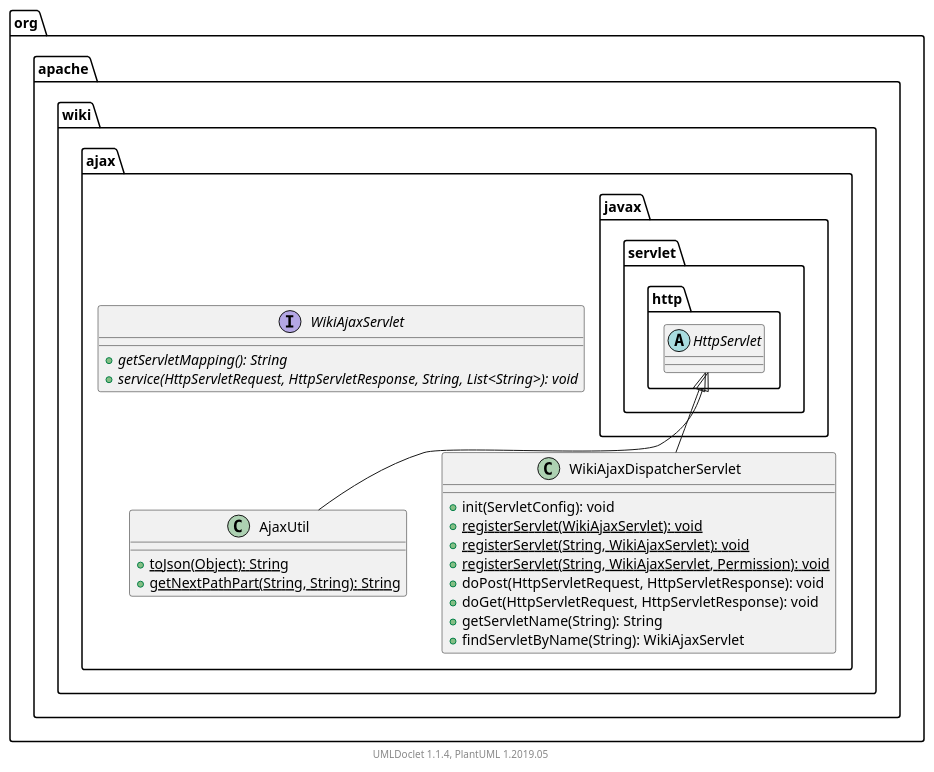
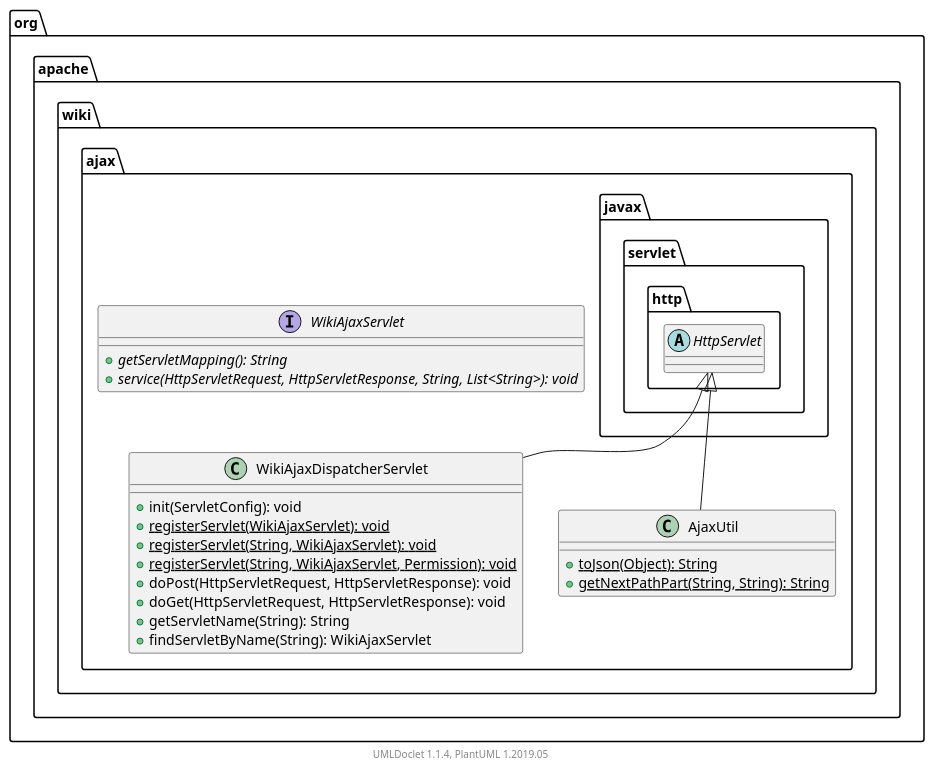
Before and after one commit to apache/jspwiki-site: the diagram in apidocs/2.11.0.M7-SNAPSHOT/org/apache/wiki/ajax/package.puml, drawn with PlantUML. The commit also changed other lines of this file and 1589 other files, not shown here.

```diff
--- a/apidocs/2.11.0.M7-SNAPSHOT/org/apache/wiki/ajax/package.puml
+++ b/apidocs/2.11.0.M7-SNAPSHOT/org/apache/wiki/ajax/package.puml
@@ -1,35 +1,35 @@
 @startuml
 
     namespace org.apache.wiki.ajax {
-
-        class AjaxUtil [[AjaxUtil.html]] {
-            {static} +toJson(Object): String
-            {static} +getNextPathPart(String, String): String
-        }
 
         interface WikiAjaxServlet [[WikiAjaxServlet.html]] {
             {abstract} +getServletMapping(): String
             {abstract} +service(HttpServletRequest, HttpServletResponse, String, List<String>): void
         }
 
         class WikiAjaxDispatcherServlet [[WikiAjaxDispatcherServlet.html]] {
             +init(ServletConfig): void
             {static} +registerServlet(WikiAjaxServlet): void
             {static} +registerServlet(String, WikiAjaxServlet): void
             {static} +registerServlet(String, WikiAjaxServlet, Permission): void
             +doPost(HttpServletRequest, HttpServletResponse): void
             +doGet(HttpServletRequest, HttpServletResponse): void
             +getServletName(String): String
             +findServletByName(String): WikiAjaxServlet
         }
 
+        class AjaxUtil [[AjaxUtil.html]] {
+            {static} +toJson(Object): String
+            {static} +getNextPathPart(String, String): String
+        }
+
         abstract class javax.servlet.http.HttpServlet
+        javax.servlet.http.HttpServlet <|-- WikiAjaxDispatcherServlet
+
         javax.servlet.http.HttpServlet <|-- AjaxUtil
-
-        javax.servlet.http.HttpServlet <|-- WikiAjaxDispatcherServlet
 
     }
 
 
     center footer UMLDoclet 1.1.4, PlantUML 1.2019.05
 @enduml
```
